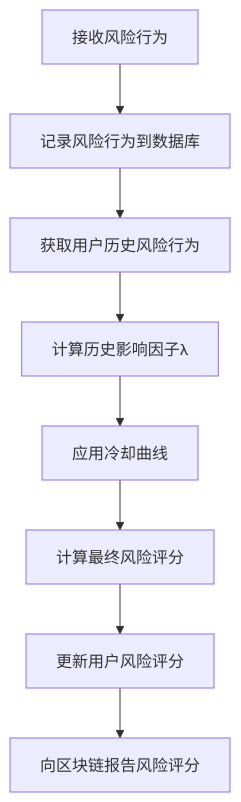
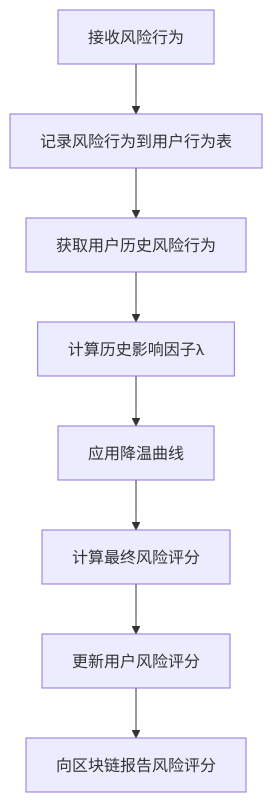
The third of 3 diagrams in README.md (Tittifer/IEEE), drawn with Mermaid before and after one commit. The commit also changed other lines of this file and 71 other files, not shown here.

````diff
--- a/README.md
+++ b/README.md
@@ -153,10 +160,10 @@
 ```mermaid
 graph TD
-    A[接收风险行为] --> B[记录风险行为到数据库]
+    A[接收风险行为] --> B[记录风险行为到用户行为表]
     B --> C[获取用户历史风险行为]
     C --> D[计算历史影响因子λ]
-    D --> E[应用冷却曲线]
+    D --> E[应用降温曲线]
     E --> F[计算最终风险评分]
     F --> G[更新用户风险评分]
     G --> H[向区块链报告风险评分]
 ```
````
